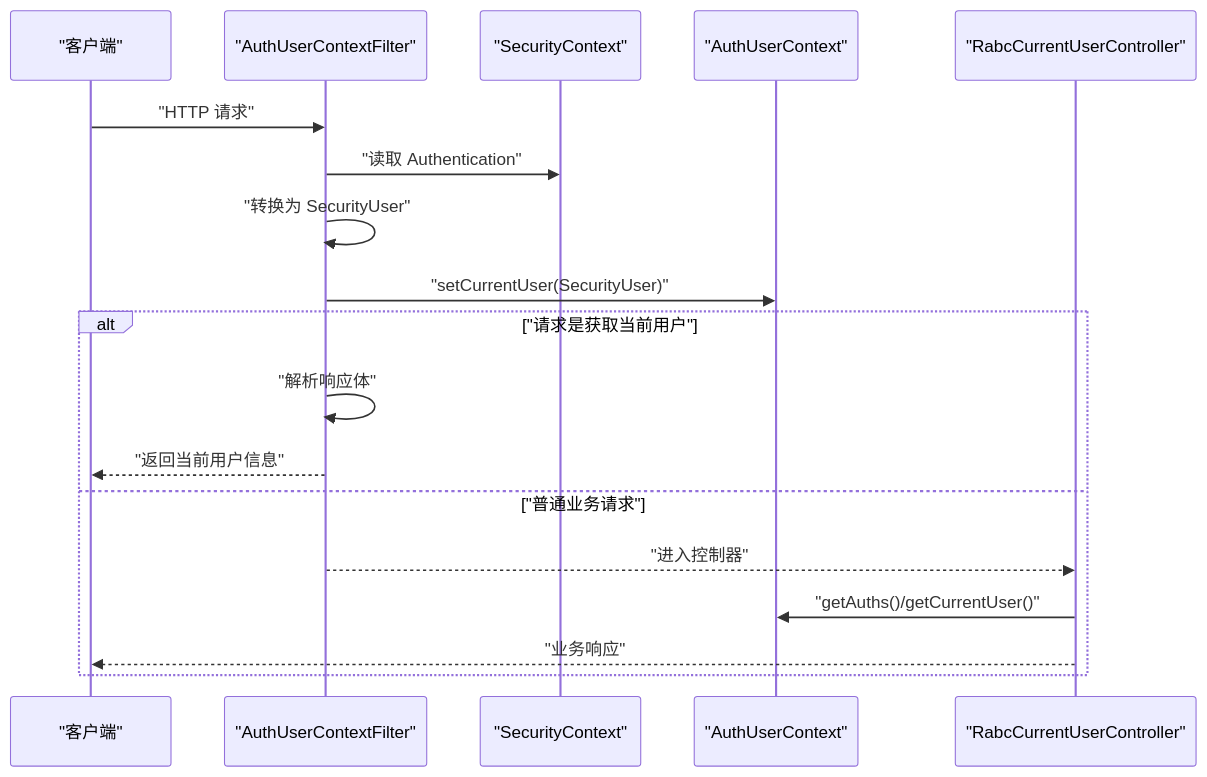
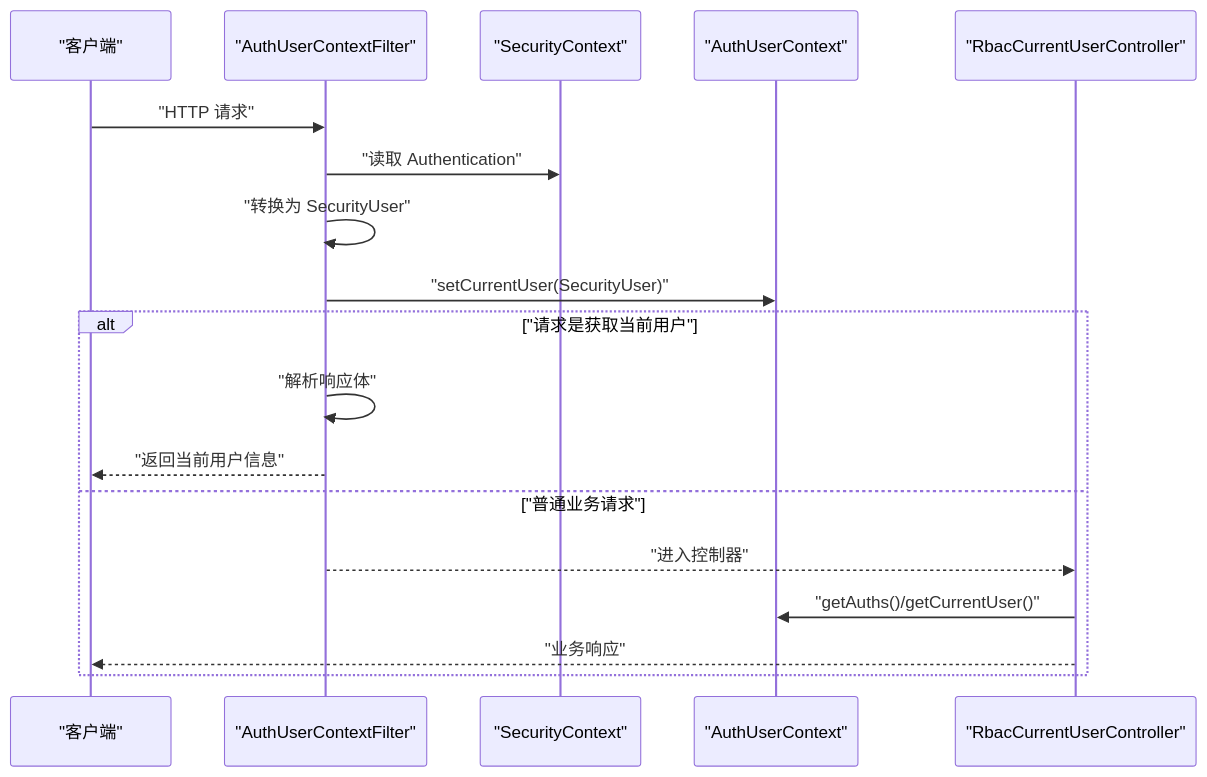
Before and after one commit to LiukewenSC/kewen-framework: the second of 5 diagrams in .qoder/repowiki/zh/content/权限系统 (qy-auth)/权限核心 (auth-core)/用户上下文管理 (AuthUserContext).md, drawn with Mermaid. The commit also changed other lines of this file and 764 other files, not shown here.

````diff
--- a/.qoder/repowiki/zh/content/权限系统 (qy-auth)/权限核心 (auth-core)/用户上下文管理 (AuthUserContext).md
+++ b/.qoder/repowiki/zh/content/权限系统 (qy-auth)/权限核心 (auth-core)/用户上下文管理 (AuthUserContext).md
@@ -106,20 +106,20 @@
 ```mermaid
 sequenceDiagram
 participant Client as "客户端"
 participant Filter as "AuthUserContextFilter"
 participant SecCtx as "SecurityContext"
 participant Ctx as "AuthUserContext"
-participant Ctrl as "RabcCurrentUserController"
+participant Ctrl as "RbacCurrentUserController"
 Client->>Filter : "HTTP 请求"
 Filter->>SecCtx : "读取 Authentication"
 Filter->>Filter : "转换为 SecurityUser"
 Filter->>Ctx : "setCurrentUser(SecurityUser)"
 alt "请求是获取当前用户"
 Filter->>Filter : "解析响应体"
 Filter-->>Client : "返回当前用户信息"
 else "普通业务请求"
 Filter-->>Ctrl : "进入控制器"
 Ctrl->>Ctx : "getAuths()/getCurrentUser()"
 Ctrl-->>Client : "业务响应"
 end
 ```
````
